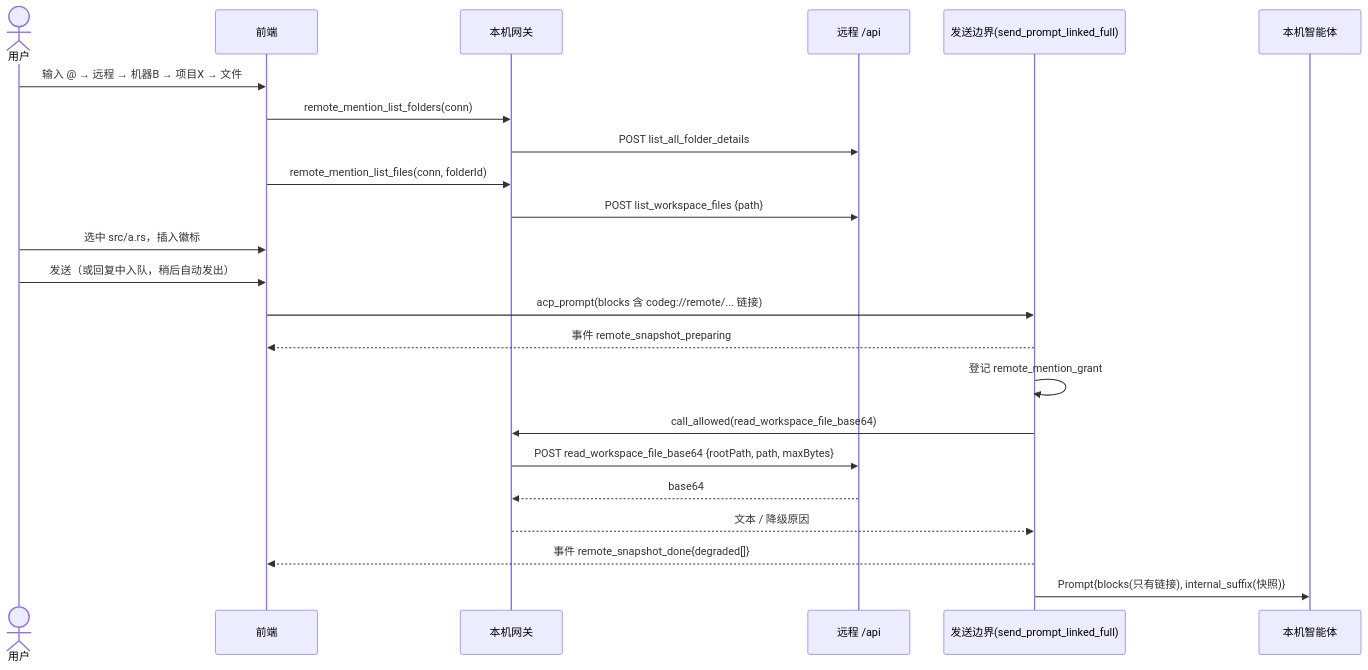
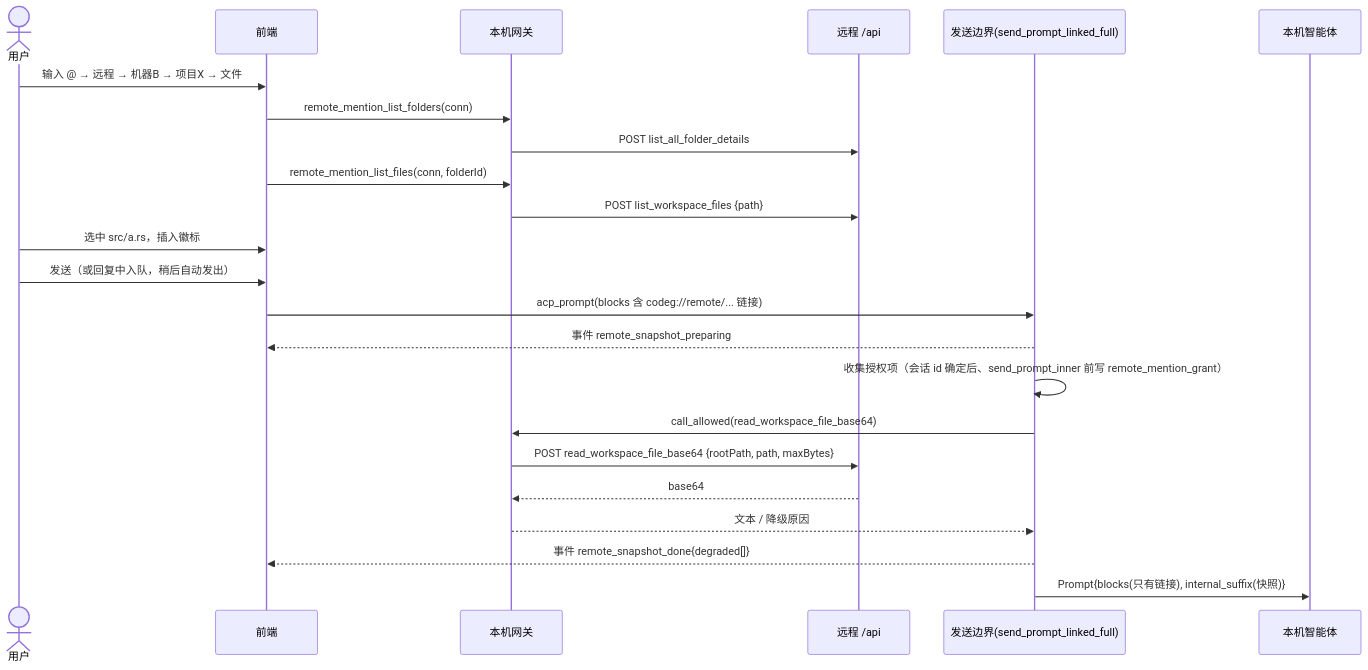
Before and after one commit to EvanZheng11/beecode: the third of 7 diagrams in docs/superpowers/specs/2026-11-11-remote-mention-详细设计说明书.md, drawn with Mermaid. The commit also changed other lines of this file, not shown here.

````diff
--- a/docs/superpowers/specs/2026-11-11-remote-mention-详细设计说明书.md
+++ b/docs/superpowers/specs/2026-11-11-remote-mention-详细设计说明书.md
@@ -533,25 +534,25 @@
 ```mermaid
 sequenceDiagram
   actor U as 用户
   participant FE as 前端
   participant GW as 本机网关
   participant R as 远程 /api
   participant SN as 发送边界(send_prompt_linked_full)
   participant AG as 本机智能体
   U->>FE: 输入 @ → 远程 → 机器B → 项目X → 文件
   FE->>GW: remote_mention_list_folders(conn)
   GW->>R: POST list_all_folder_details
   FE->>GW: remote_mention_list_files(conn, folderId)
   GW->>R: POST list_workspace_files {path}
   U->>FE: 选中 src/a.rs，插入徽标
   U->>FE: 发送（或回复中入队，稍后自动发出）
   FE->>SN: acp_prompt(blocks 含 codeg://remote/... 链接)
   SN-->>FE: 事件 remote_snapshot_preparing
-  SN->>SN: 登记 remote_mention_grant
+  SN->>SN: 收集授权项（会话 id 确定后、send_prompt_inner 前写 remote_mention_grant）
   SN->>GW: call_allowed(read_workspace_file_base64)
   GW->>R: POST read_workspace_file_base64 {rootPath, path, maxBytes}
   R-->>GW: base64
   GW-->>SN: 文本 / 降级原因
   SN-->>FE: 事件 remote_snapshot_done{degraded[]}
   SN->>AG: Prompt{blocks(只有链接), internal_suffix(快照)}
 ```
````
